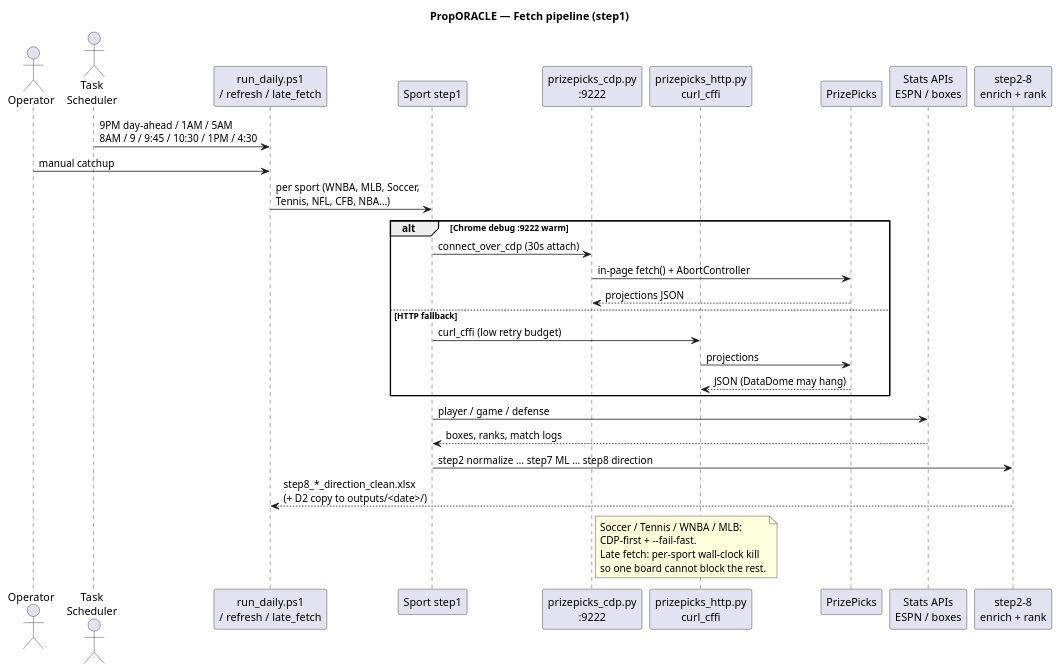
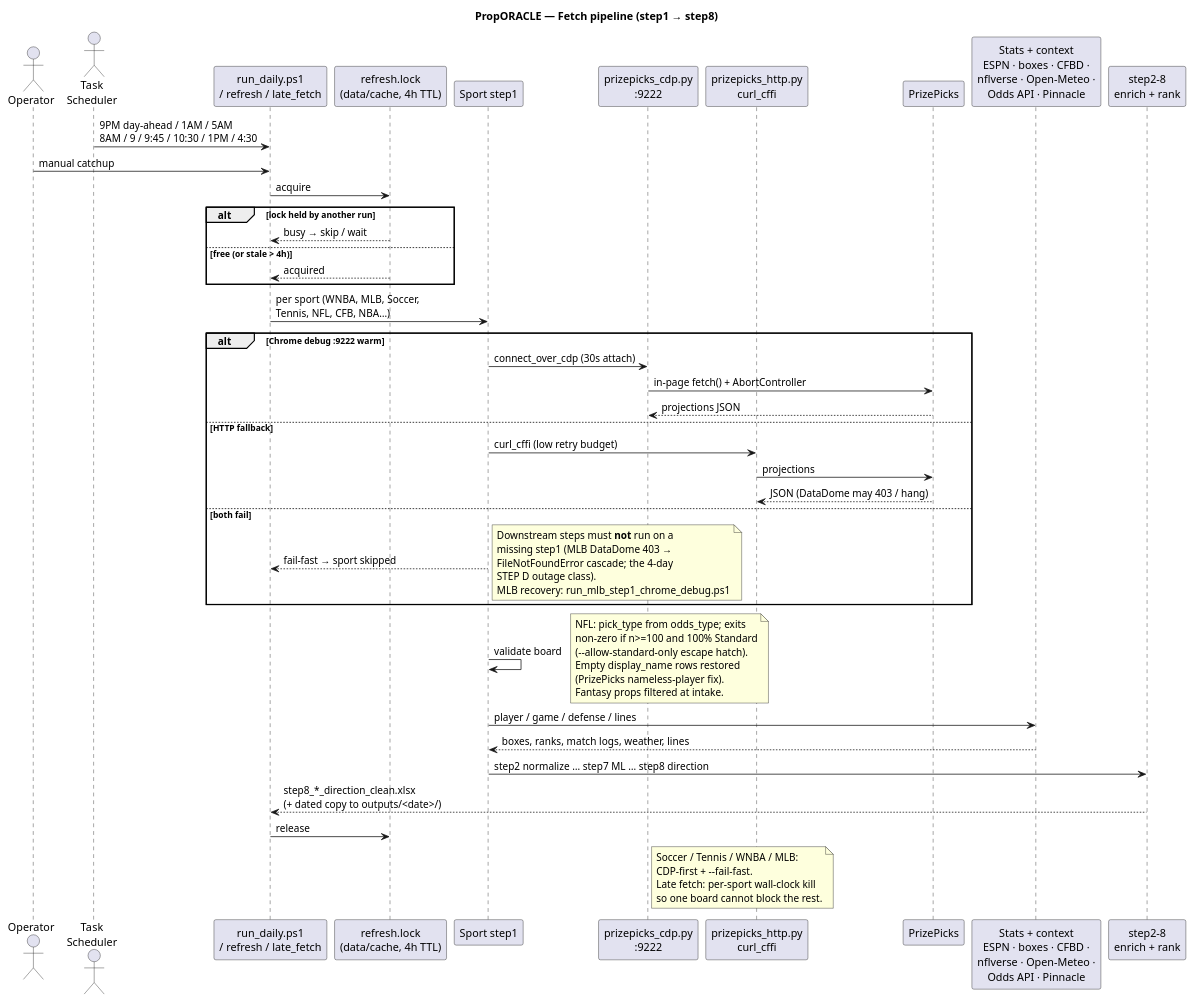
One commit to halekevi/PropORACLE changed the diagram in docs/diagrams/fetch-pipeline.puml. Above: the diagram before and after it, drawn with PlantUML. The commit also changed 8 other files, not shown here.

First line of the commit message:
docs: Rewrite UML set with settlement and publish timing fixed.

```diff
--- a/docs/diagrams/fetch-pipeline.puml
+++ b/docs/diagrams/fetch-pipeline.puml
@@ -1,43 +1,71 @@
 @startuml PropORACLE_Fetch_Pipeline
-' Fetch apps and process — PrizePicks slate ingest
+' Fetch — PrizePicks slate ingest → step1–8
 ' Render: PlantUML extension or https://www.plantuml.com/plantuml
 
-title PropORACLE — Fetch pipeline (step1)
+title PropORACLE — Fetch pipeline (step1 → step8)
 
 actor Operator
 actor "Task\nScheduler" as Sched
 participant "run_daily.ps1\n/ refresh / late_fetch" as Orch
+participant "refresh.lock\n(data/cache, 4h TTL)" as Lock
 participant "Sport step1" as Step1
 participant "prizepicks_cdp.py\n:9222" as CDP
 participant "prizepicks_http.py\ncurl_cffi" as HTTP
 participant "PrizePicks" as PP
-participant "Stats APIs\nESPN / boxes" as Stats
+participant "Stats + context\nESPN · boxes · CFBD ·\nnflverse · Open-Meteo ·\nOdds API · Pinnacle" as Stats
 participant "step2–8\nenrich + rank" as Enrich
 
 Sched -> Orch : 9PM day-ahead / 1AM / 5AM\n8AM / 9 / 9:45 / 10:30 / 1PM / 4:30
 Operator -> Orch : manual catchup
+Orch -> Lock : acquire
+alt lock held by another run
+  Lock --> Orch : busy → skip / wait
+else free (or stale > 4h)
+  Lock --> Orch : acquired
+end
+
 Orch -> Step1 : per sport (WNBA, MLB, Soccer,\nTennis, NFL, CFB, NBA…)
 
 alt Chrome debug :9222 warm
   Step1 -> CDP : connect_over_cdp (30s attach)
   CDP -> PP : in-page fetch() + AbortController
   PP --> CDP : projections JSON
 else HTTP fallback
   Step1 -> HTTP : curl_cffi (low retry budget)
   HTTP -> PP : projections
-  PP --> HTTP : JSON (DataDome may hang)
+  PP --> HTTP : JSON (DataDome may 403 / hang)
+else both fail
+  Step1 --> Orch : fail-fast → sport skipped
+  note right
+    Downstream steps must **not** run on a
+    missing step1 (MLB DataDome 403 →
+    FileNotFoundError cascade; the 4-day
+    STEP D outage class).
+    MLB recovery: run_mlb_step1_chrome_debug.ps1
+  end note
 end
 
-Step1 -> Stats : player / game / defense
-Stats --> Step1 : boxes, ranks, match logs
+Step1 -> Step1 : validate board
+note right
+  NFL: pick_type from odds_type; exits
+  non-zero if n>=100 and 100% Standard
+  (--allow-standard-only escape hatch).
+  Empty display_name rows restored
+  (PrizePicks nameless-player fix).
+  Fantasy props filtered at intake.
+end note
+
+Step1 -> Stats : player / game / defense / lines
+Stats --> Step1 : boxes, ranks, match logs, weather, lines
 Step1 -> Enrich : step2 normalize … step7 ML … step8 direction
-Enrich --> Orch : step8_*_direction_clean.xlsx\n(+ D2 copy to outputs/<date>/)
+Enrich --> Orch : step8_*_direction_clean.xlsx\n(+ dated copy to outputs/<date>/)
+Orch -> Lock : release
 
 note right of CDP
   Soccer / Tennis / WNBA / MLB:
   CDP-first + --fail-fast.
   Late fetch: per-sport wall-clock kill
   so one board cannot block the rest.
 end note
 
 @enduml
```
